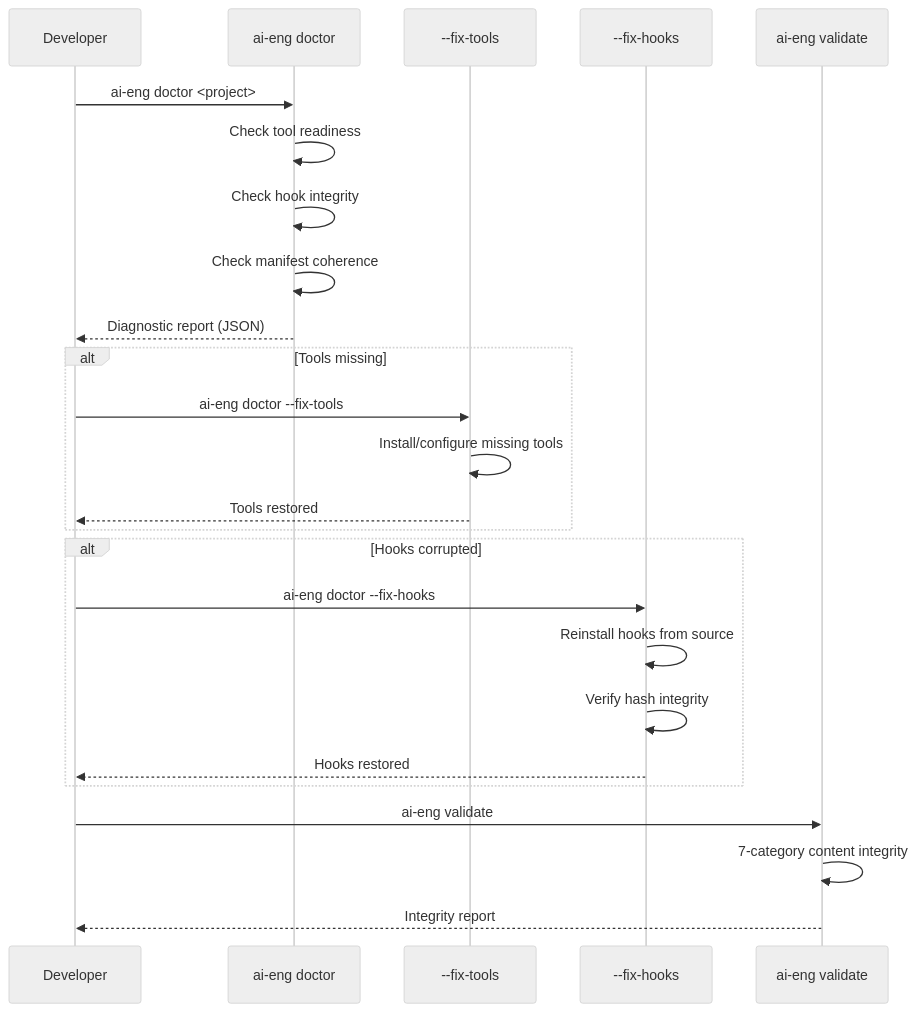
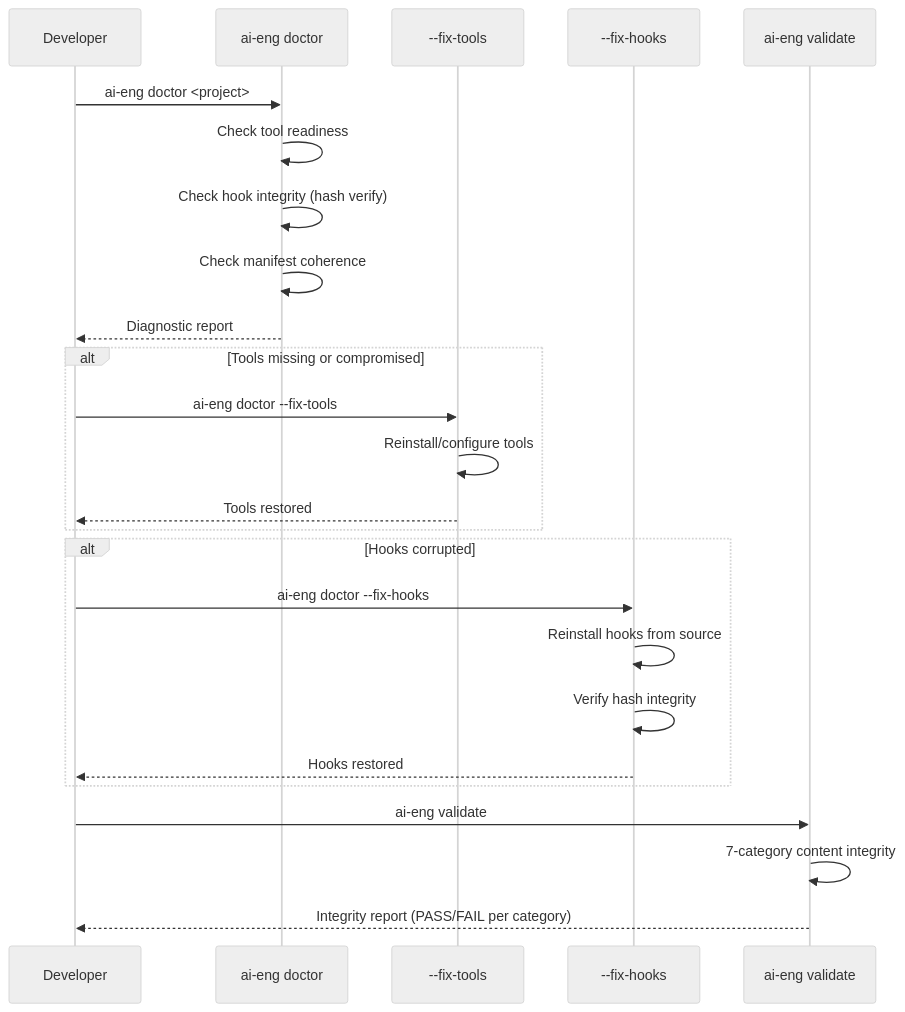
One commit to arcasilesgroup/ai-engineering changed the ninth of 10 diagrams in docs/solution-intent.md. Above: the diagram before and after it, drawn with Mermaid (neutral theme). The commit also changed other lines of this file and 32 other files, not shown here.

````diff
--- a/docs/solution-intent.md
+++ b/docs/solution-intent.md
@@ -752,31 +503,31 @@
 ```mermaid
 sequenceDiagram
     participant Dev as Developer
     participant Doctor as ai-eng doctor
     participant FixTools as --fix-tools
     participant FixHooks as --fix-hooks
     participant Validate as ai-eng validate
 
     Dev->>Doctor: ai-eng doctor <project>
     Doctor->>Doctor: Check tool readiness
-    Doctor->>Doctor: Check hook integrity
+    Doctor->>Doctor: Check hook integrity (hash verify)
     Doctor->>Doctor: Check manifest coherence
-    Doctor-->>Dev: Diagnostic report (JSON)
+    Doctor-->>Dev: Diagnostic report
 
-    alt Tools missing
+    alt Tools missing or compromised
         Dev->>FixTools: ai-eng doctor --fix-tools
-        FixTools->>FixTools: Install/configure missing tools
+        FixTools->>FixTools: Reinstall/configure tools
         FixTools-->>Dev: Tools restored
     end
 
     alt Hooks corrupted
         Dev->>FixHooks: ai-eng doctor --fix-hooks
         FixHooks->>FixHooks: Reinstall hooks from source
         FixHooks->>FixHooks: Verify hash integrity
         FixHooks-->>Dev: Hooks restored
     end
 
     Dev->>Validate: ai-eng validate
     Validate->>Validate: 7-category content integrity
-    Validate-->>Dev: Integrity report
+    Validate-->>Dev: Integrity report (PASS/FAIL per category)
 ```
````
